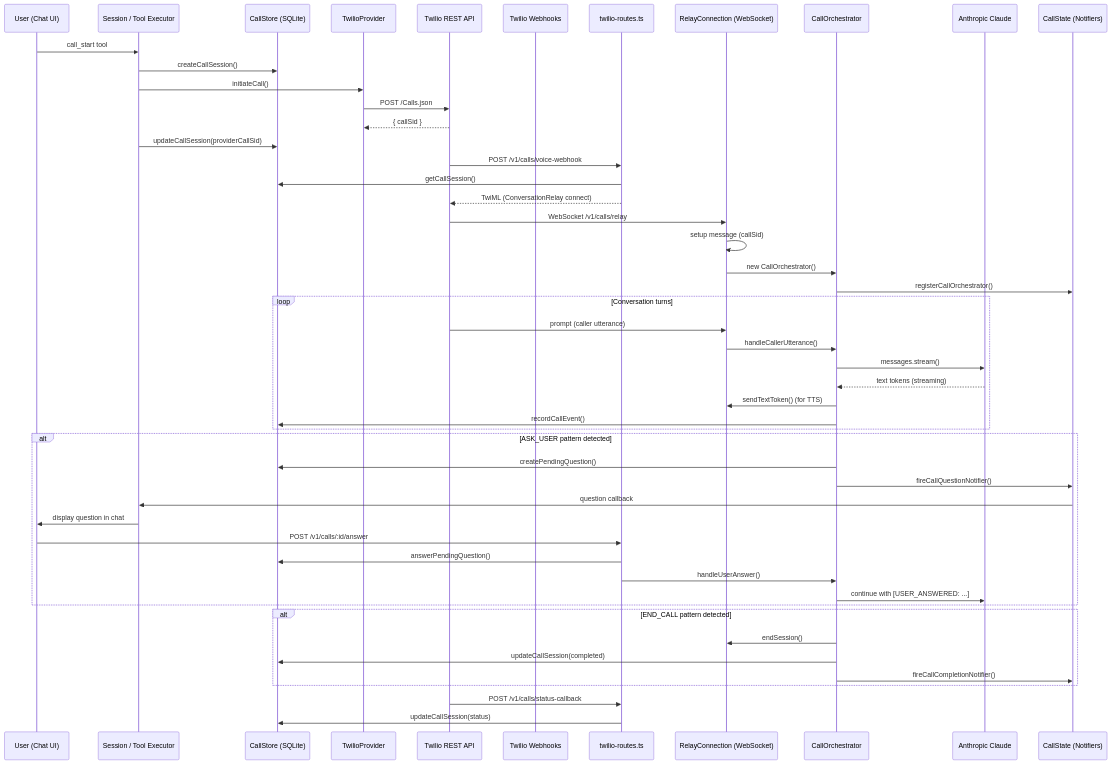
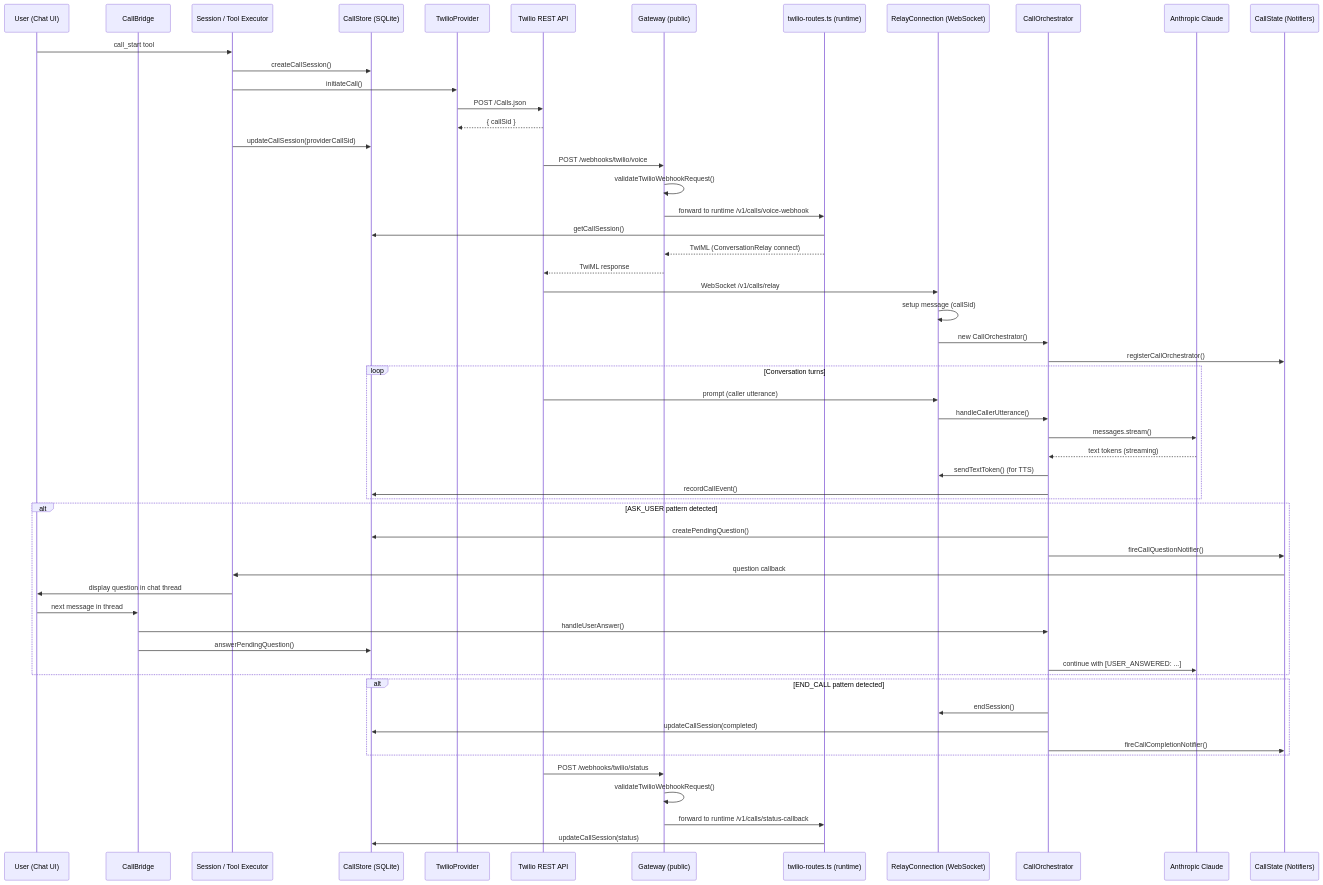
One commit to vellum-ai/vellum-assistant changed diagram 45 of 45 in ARCHITECTURE.md. Above: the diagram before and after it, drawn with Mermaid. The commit also changed other lines of this file and 7 other files, not shown here.

Commit message:
feat: expand critical-path test coverage and align architecture docs

````diff
--- a/ARCHITECTURE.md
+++ b/ARCHITECTURE.md
@@ -3176,59 +3176,65 @@
 ```mermaid
 sequenceDiagram
     participant User as User (Chat UI)
+    participant Bridge as CallBridge
     participant Session as Session / Tool Executor
     participant CallStore as CallStore (SQLite)
     participant TwilioProvider as TwilioProvider
     participant TwilioAPI as Twilio REST API
-    participant TwilioWH as Twilio Webhooks
-    participant Routes as twilio-routes.ts
+    participant Gateway as Gateway (public)
+    participant Routes as twilio-routes.ts (runtime)
     participant WS as RelayConnection (WebSocket)
     participant Orch as CallOrchestrator
     participant LLM as Anthropic Claude
     participant State as CallState (Notifiers)
 
     User->>Session: call_start tool
     Session->>CallStore: createCallSession()
     Session->>TwilioProvider: initiateCall()
     TwilioProvider->>TwilioAPI: POST /Calls.json
     TwilioAPI-->>TwilioProvider: { callSid }
     Session->>CallStore: updateCallSession(providerCallSid)
 
-    TwilioAPI->>Routes: POST /v1/calls/voice-webhook
+    TwilioAPI->>Gateway: POST /webhooks/twilio/voice
+    Gateway->>Gateway: validateTwilioWebhookRequest()
+    Gateway->>Routes: forward to runtime /v1/calls/voice-webhook
     Routes->>CallStore: getCallSession()
-    Routes-->>TwilioAPI: TwiML (ConversationRelay connect)
+    Routes-->>Gateway: TwiML (ConversationRelay connect)
+    Gateway-->>TwilioAPI: TwiML response
 
     TwilioAPI->>WS: WebSocket /v1/calls/relay
     WS->>WS: setup message (callSid)
     WS->>Orch: new CallOrchestrator()
     Orch->>State: registerCallOrchestrator()
 
     loop Conversation turns
         TwilioAPI->>WS: prompt (caller utterance)
         WS->>Orch: handleCallerUtterance()
         Orch->>LLM: messages.stream()
         LLM-->>Orch: text tokens (streaming)
         Orch->>WS: sendTextToken() (for TTS)
         Orch->>CallStore: recordCallEvent()
     end
 
     alt ASK_USER pattern detected
         Orch->>CallStore: createPendingQuestion()
         Orch->>State: fireCallQuestionNotifier()
         State->>Session: question callback
-        Session->>User: display question in chat
-        User->>Routes: POST /v1/calls/:id/answer
-        Routes->>CallStore: answerPendingQuestion()
-        Routes->>Orch: handleUserAnswer()
+        Session->>User: display question in chat thread
+        User->>Bridge: next message in thread
+        Bridge->>Orch: handleUserAnswer()
+        Bridge->>CallStore: answerPendingQuestion()
         Orch->>LLM: continue with [USER_ANSWERED: ...]
     end
 
     alt END_CALL pattern detected
         Orch->>WS: endSession()
         Orch->>CallStore: updateCallSession(completed)
         Orch->>State: fireCallCompletionNotifier()
     end
 
-    TwilioAPI->>Routes: POST /v1/calls/status-callback
+    TwilioAPI->>Gateway: POST /webhooks/twilio/status
+    Gateway->>Gateway: validateTwilioWebhookRequest()
+    Gateway->>Routes: forward to runtime /v1/calls/status-callback
     Routes->>CallStore: updateCallSession(status)
 ```
````
